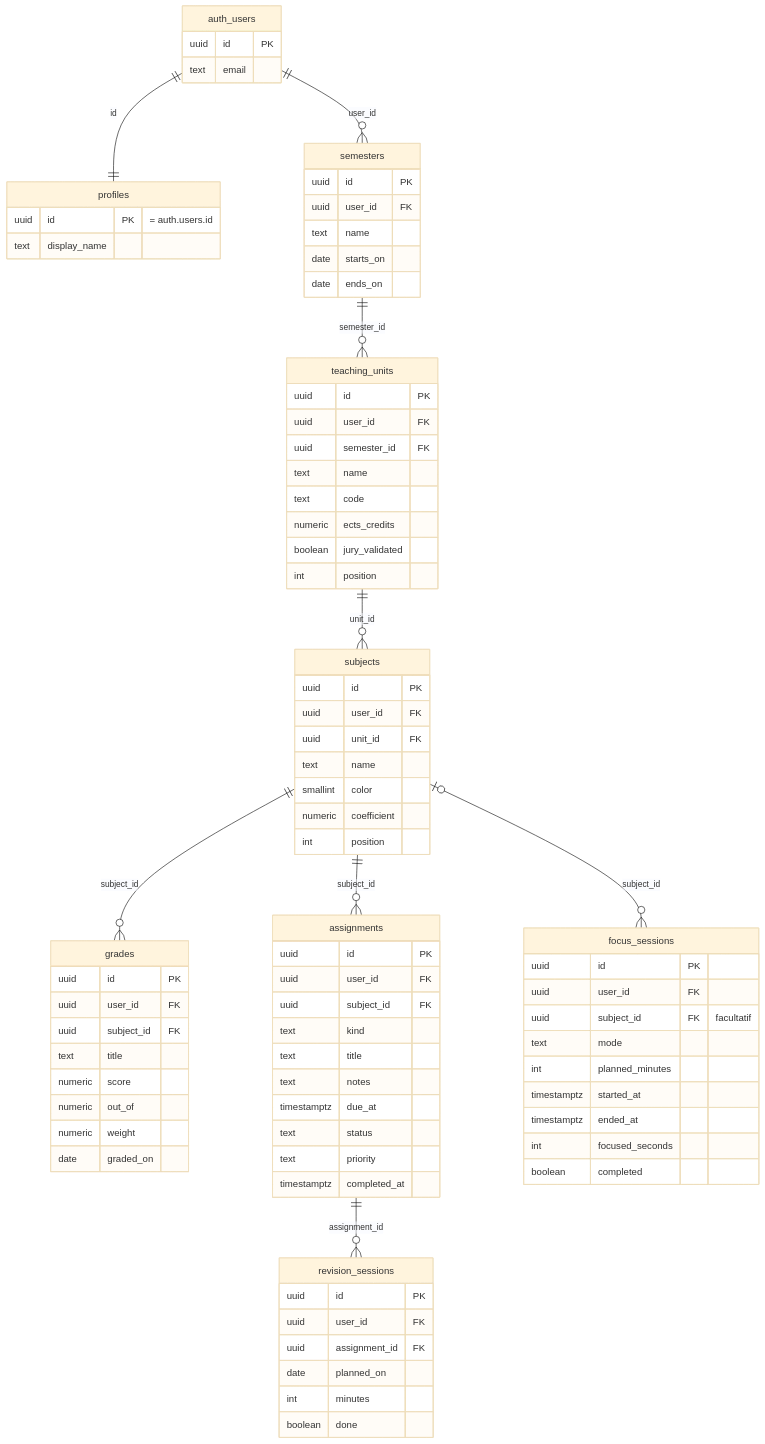
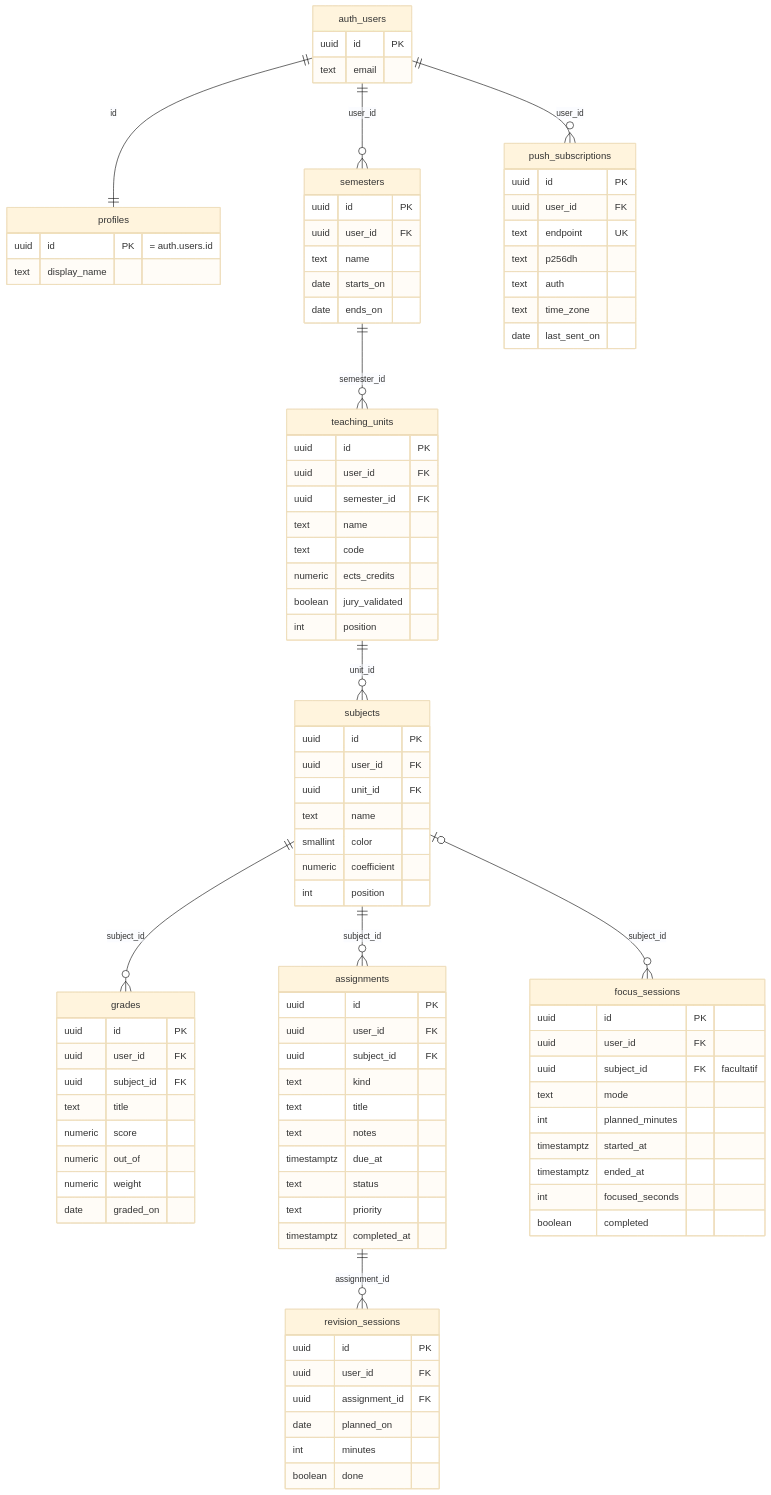
The second of 2 diagrams in docs/modele-de-donnees.md (sllmb/campusflow), drawn with Mermaid (base theme) before and after one commit. The commit also changed other lines of this file and 26 other files, not shown here.

```diff
--- a/docs/modele-de-donnees.md
+++ b/docs/modele-de-donnees.md
@@ -53,6 +54,7 @@
 erDiagram
     auth_users ||--|| profiles : "id"
     auth_users ||--o{ semesters : "user_id"
+    auth_users ||--o{ push_subscriptions : "user_id"
     semesters ||--o{ teaching_units : "semester_id"
     teaching_units ||--o{ subjects : "unit_id"
     subjects ||--o{ grades : "subject_id"
@@ -116,6 +118,15 @@
         text priority
         timestamptz completed_at
     }
+    push_subscriptions {
+        uuid id PK
+        uuid user_id FK
+        text endpoint UK
+        text p256dh
+        text auth
+        text time_zone
+        date last_sent_on
+    }
     revision_sessions {
         uuid id PK
         uuid user_id FK
```
